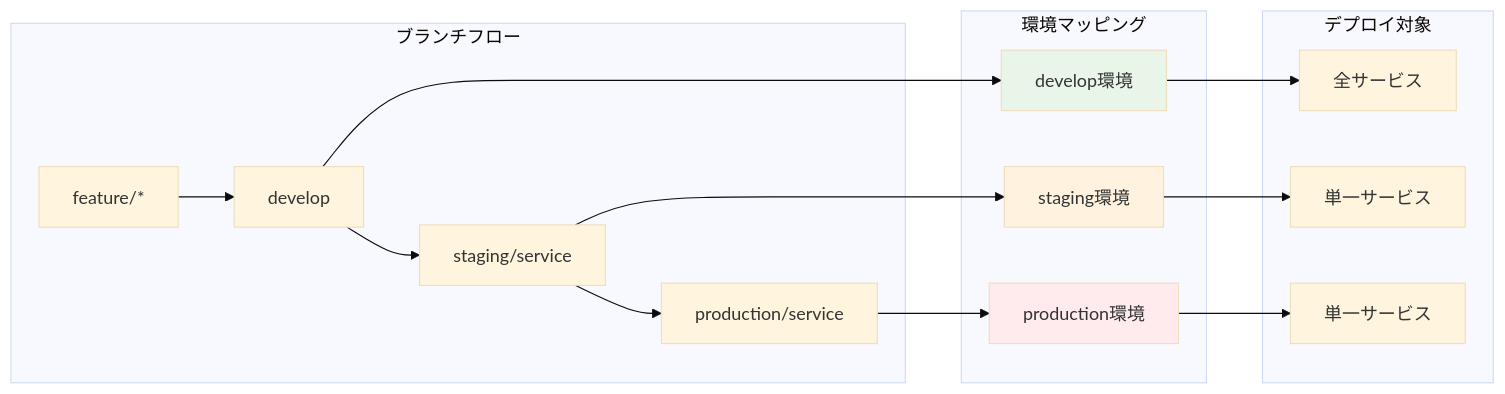
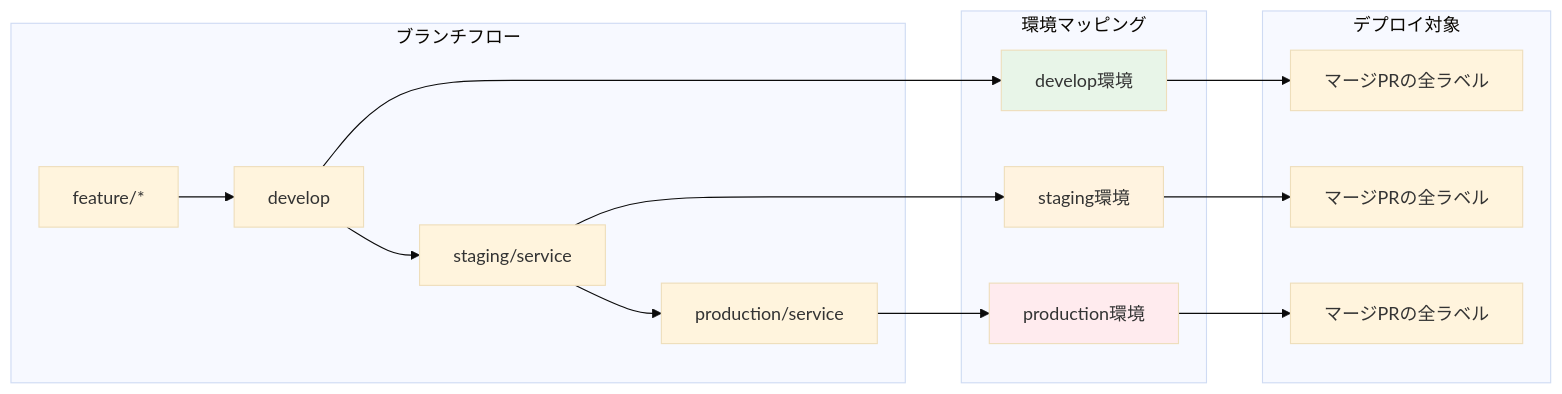
One commit to panicboat/monorepo changed the first of 4 diagrams in .github/scripts/deploy-trigger/README.md. Above: the diagram before and after it, drawn with Mermaid (base theme). The commit also changed other lines of this file and 5 other files, not shown here.

````diff
--- a/.github/scripts/deploy-trigger/README.md
+++ b/.github/scripts/deploy-trigger/README.md
@@ -9,24 +9,24 @@
 ```mermaid
 graph LR
     subgraph "ブランチフロー"
         A[feature/*] --> B[develop]
         B --> C[staging/service]
         C --> D[production/service]
     end
 
     subgraph "環境マッピング"
         B --> E[develop環境]
         C --> F[staging環境]
         D --> G[production環境]
     end
 
     subgraph "デプロイ対象"
-        E --> H[全サービス]
-        F --> I[単一サービス]
-        G --> J[単一サービス]
+        E --> H[マージPRの全ラベル]
+        F --> I[マージPRの全ラベル]
+        G --> J[マージPRの全ラベル]
     end
 
     style E fill:#e8f5e8
     style F fill:#fff3e0
     style G fill:#ffebee
 ```
````
